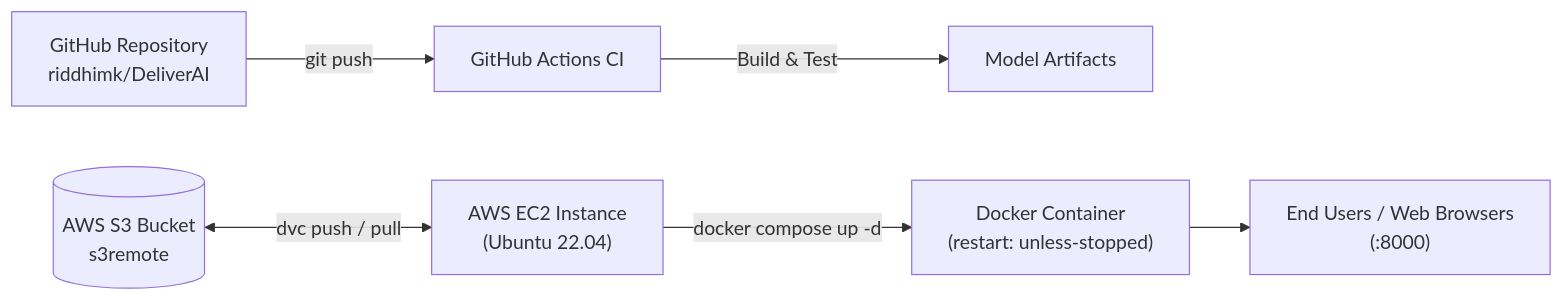
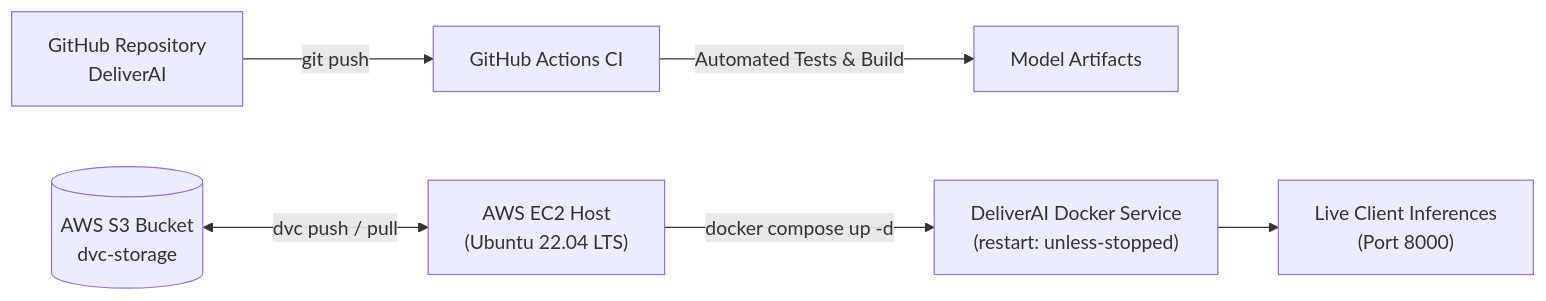
One commit to riddhimk/DeliverAI changed the second of 2 diagrams in README.md. Above: the diagram before and after it, drawn with Mermaid. The commit also changed other lines of this file and 26 other files, not shown here.

````diff
--- a/README.md
+++ b/README.md
@@ -192,8 +218,8 @@
 ```mermaid
 flowchart LR
-    GitHub["GitHub Repository<br/>riddhimk/DeliverAI"] -->|git push| GHA["GitHub Actions CI"]
-    GHA -->|Build & Test| Artifacts["Model Artifacts"]
-    S3[("AWS S3 Bucket<br/>s3remote")] <-->|dvc push / pull| EC2["AWS EC2 Instance<br/>(Ubuntu 22.04)"]
-    EC2 -->|docker compose up -d| Docker["Docker Container<br/>(restart: unless-stopped)"]
-    Docker --> WebClient["End Users / Web Browsers<br/>(:8000)"]
+    Git["GitHub Repository<br/>DeliverAI"] -->|git push| CI["GitHub Actions CI"]
+    CI -->|Automated Tests & Build| Artifacts["Model Artifacts"]
+    S3[("AWS S3 Bucket<br/>dvc-storage")] <-->|dvc push / pull| EC2["AWS EC2 Host<br/>(Ubuntu 22.04 LTS)"]
+    EC2 -->|docker compose up -d| Container["DeliverAI Docker Service<br/>(restart: unless-stopped)"]
+    Container --> Clients["Live Client Inferences<br/>(Port 8000)"]
 ```
````
